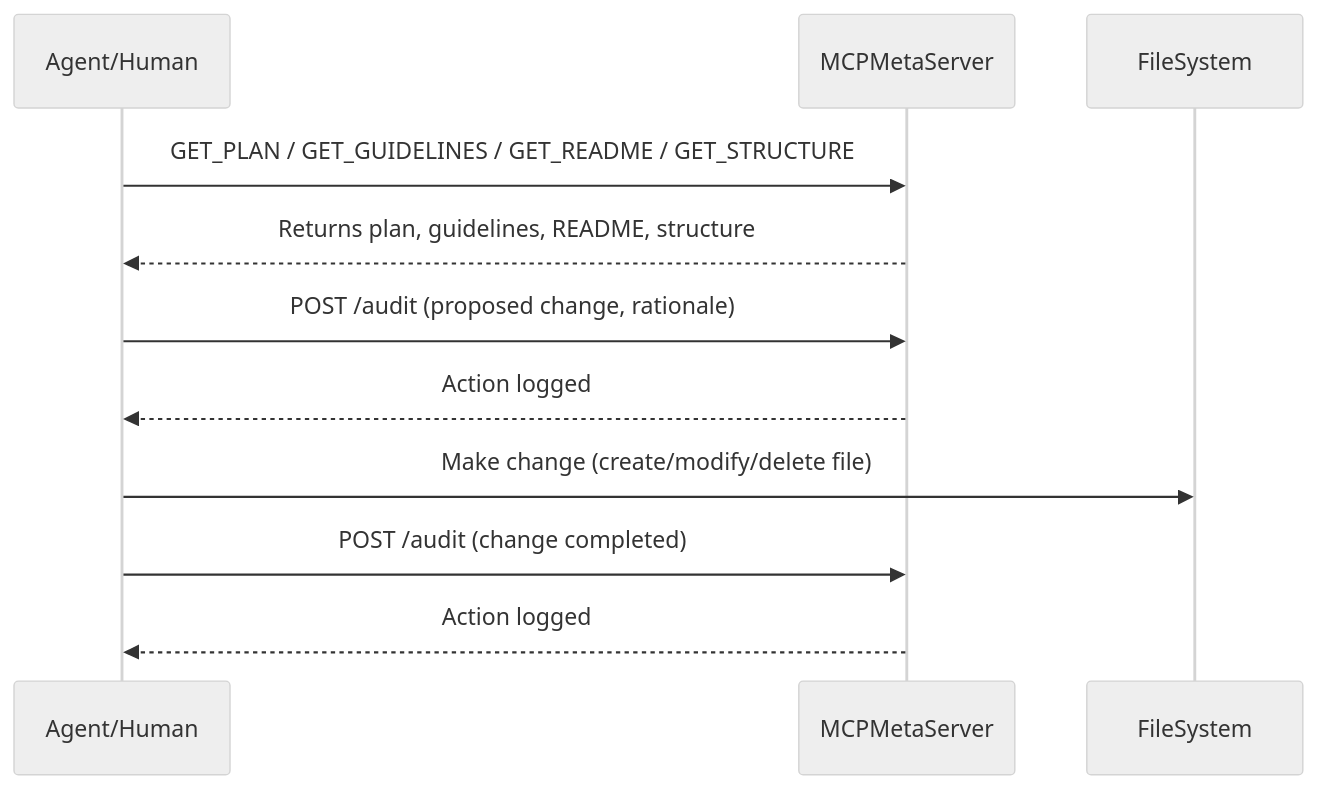
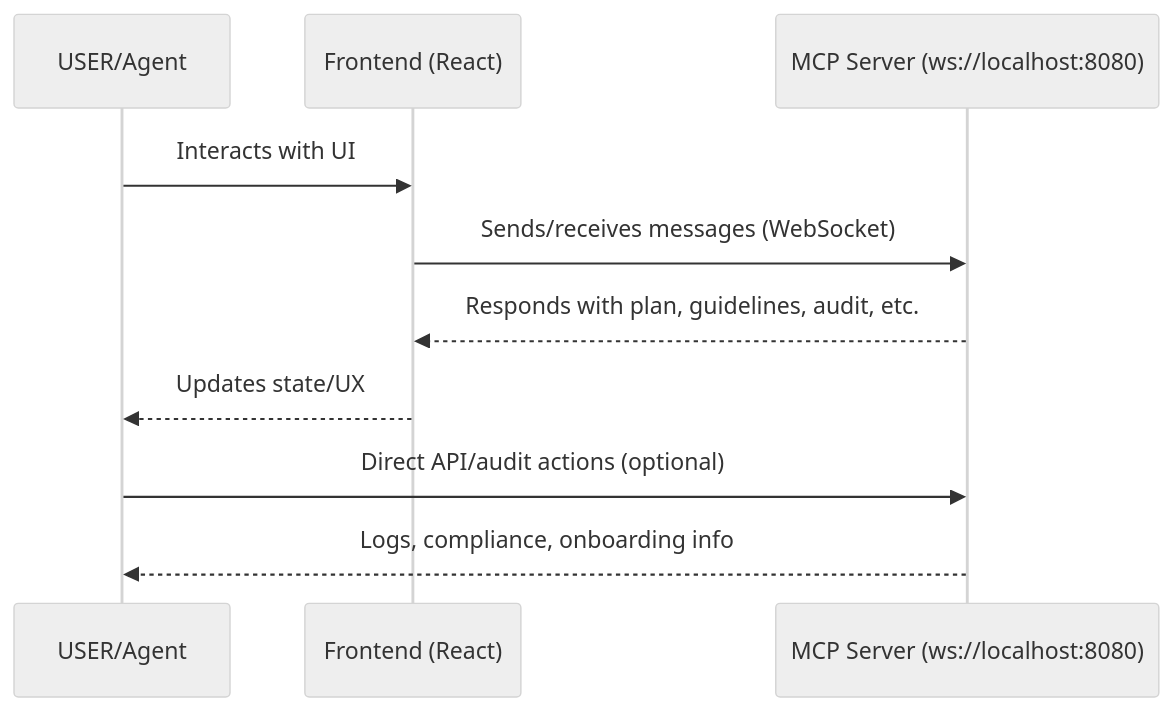
One commit to ALehav1/MUA changed the diagram in mua/MCP_SETUP.md. Above: the diagram before and after it, drawn with Mermaid (neutral theme). The commit also changed other lines of this file and 1 other file, not shown here.

Commit message:
docs: update README.md and MCP_SETUP.md with detailed MCP server setup, troubleshooting, auditability, and updated logic flow diagrams for onboarding and compliance (2025-04-15)

````diff
--- a/mua/MCP_SETUP.md
+++ b/mua/MCP_SETUP.md
@@ -93,15 +124,14 @@
 ```mermaid
 sequenceDiagram
-    participant Agent as Agent/Human
-    participant MCP as MCPMetaServer
+    participant User as USER/Agent
+    participant UI as Frontend (React)
+    participant MCP as MCP Server (ws://localhost:8080)
 
-    Agent->>MCP: GET_PLAN / GET_GUIDELINES / GET_README / GET_STRUCTURE
-    MCP-->>Agent: Returns plan, guidelines, README, structure
+    User->>UI: Interacts with UI
+    UI->>MCP: Sends/receives messages (WebSocket)
+    MCP-->>UI: Responds with plan, guidelines, audit, etc.
+    UI-->>User: Updates state/UX
 
-    Agent->>MCP: POST /audit (proposed change, rationale)
-    MCP-->>Agent: Action logged
-
-    Agent->>FileSystem: Make change (create/modify/delete file)
-    Agent->>MCP: POST /audit (change completed)
-    MCP-->>Agent: Action logged
+    User->>MCP: Direct API/audit actions (optional)
+    MCP-->>User: Logs, compliance, onboarding info
 ```
````
